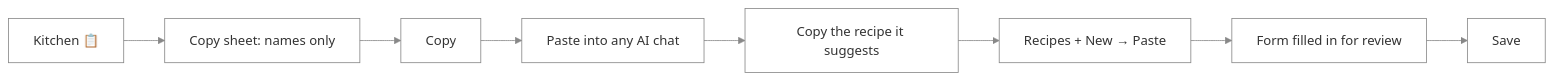
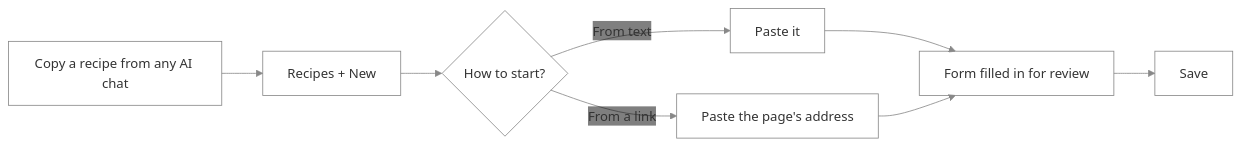
Before and after one commit to NovaMoonX/moondreams-dev-apps: diagram 27 of 27 in src/apps/pinch/UX.md, drawn with Mermaid. The commit also changed other lines of this file and 1 other file, not shown here.

````diff
--- a/src/apps/pinch/UX.md
+++ b/src/apps/pinch/UX.md
@@ -807,6 +808,10 @@
 ```mermaid
 %%{init: {'theme': 'base', 'themeVariables': {'primaryColor': 'transparent', 'clusterBkg': 'transparent', 'primaryBorderColor': '#888888', 'clusterBorder': '#888888', 'lineColor': '#888888', 'primaryTextColor': '#333333'}}}%%
 flowchart LR
-    A[Kitchen 📋] --> B["Copy sheet: names only"] --> C[Copy] --> D[Paste into any AI chat]
-    D --> E[Copy the recipe it suggests] --> F[Recipes + New → Paste] --> G["Form filled in for review"] --> H[Save]
+    A[Copy a recipe from any AI chat] --> B[Recipes + New] --> C{"How to start?"}
+    C -->|From text| D[Paste it]
+    C -->|From a link| E[Paste the page's address]
+    D --> F["Form filled in for review"]
+    E --> F
+    F --> G[Save]
 ```
````
